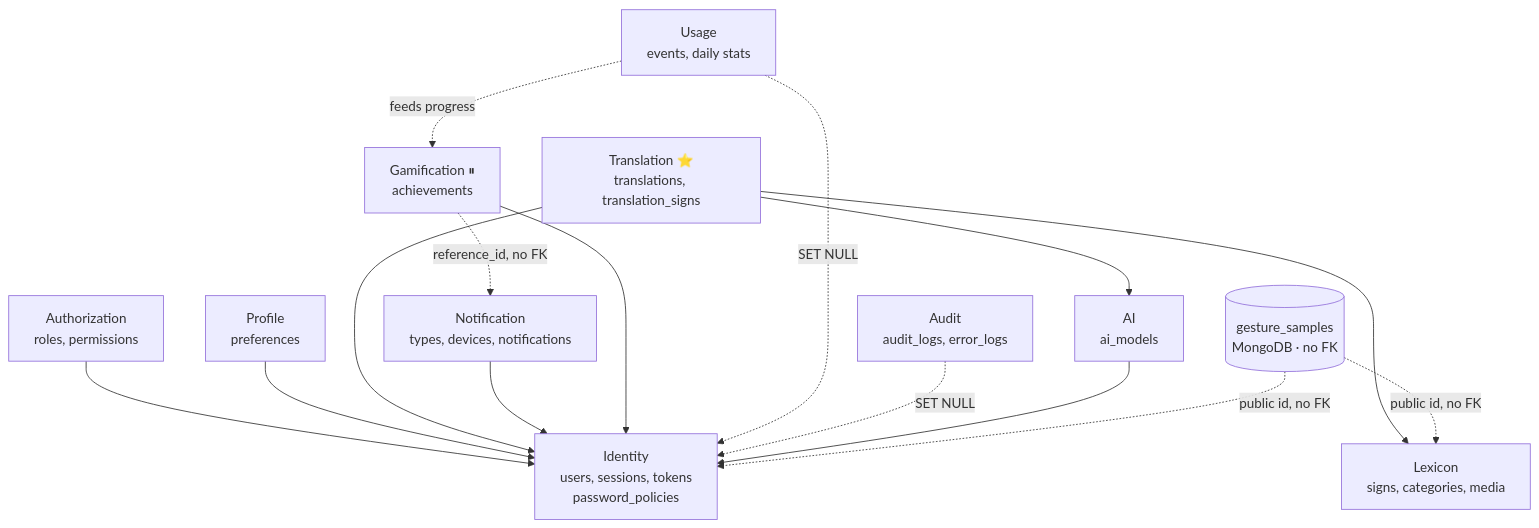
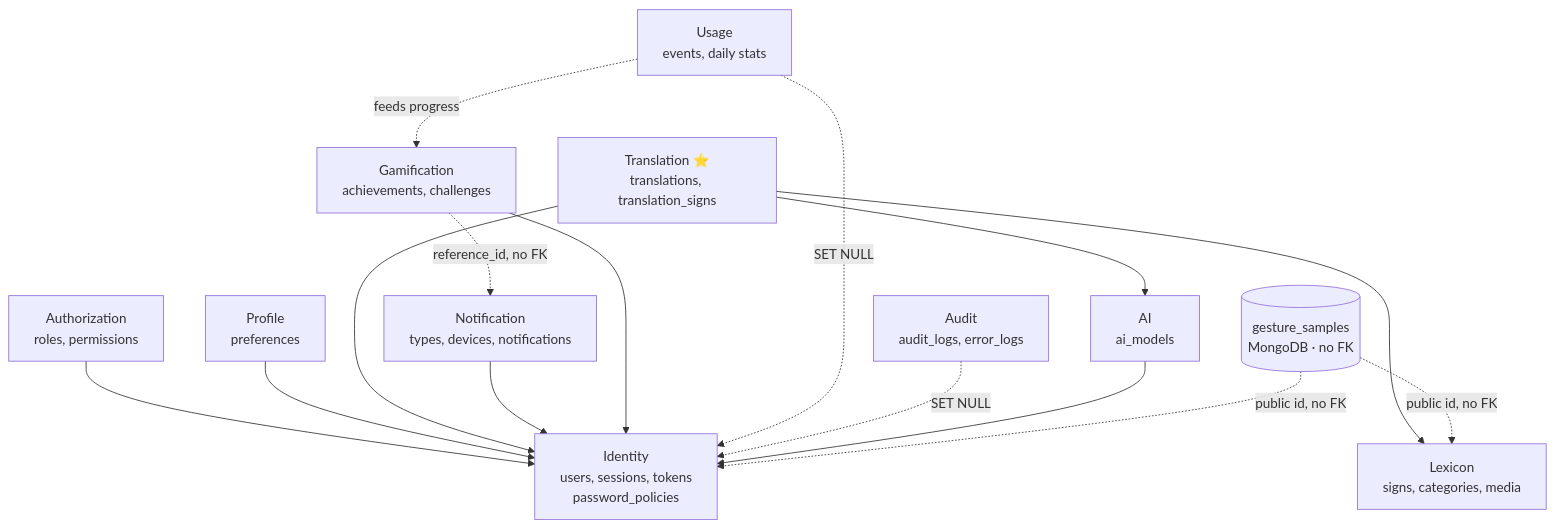
One commit to code-sena/trans-sl-docs changed the first of 3 diagrams in 06-data/models.md. Above: the diagram before and after it, drawn with Mermaid. The commit also changed other lines of this file and 14 other files, not shown here.

````diff
--- a/06-data/models.md
+++ b/06-data/models.md
@@ -165,29 +171,29 @@
 ```mermaid
 graph TB
   ID[Identity<br/>users, sessions, tokens<br/>password_policies]
   AZ[Authorization<br/>roles, permissions]
   PR[Profile<br/>preferences]
   LX[Lexicon<br/>signs, categories, media]
   TR["Translation ⭐<br/>translations, translation_signs"]
   AI[AI<br/>ai_models]
   GS[(gesture_samples<br/>MongoDB · no FK)]
   NT[Notification<br/>types, devices, notifications]
   US[Usage<br/>events, daily stats]
-  GM["Gamification ⏸<br/>achievements"]
+  GM["Gamification<br/>achievements, challenges"]
   AU[Audit<br/>audit_logs, error_logs]
 
   AZ  --> ID
   PR  --> ID
   TR  --> ID
   NT  --> ID
   GM  --> ID
   US  -.->|SET NULL| ID
   AU  -.->|SET NULL| ID
   AI  --> ID
   TR  --> AI
   TR  --> LX
   GS  -.->|public id, no FK| LX
   GS  -.->|public id, no FK| ID
   GM  -.->|reference_id, no FK| NT
   US  -.->|feeds progress| GM
 ```
````
